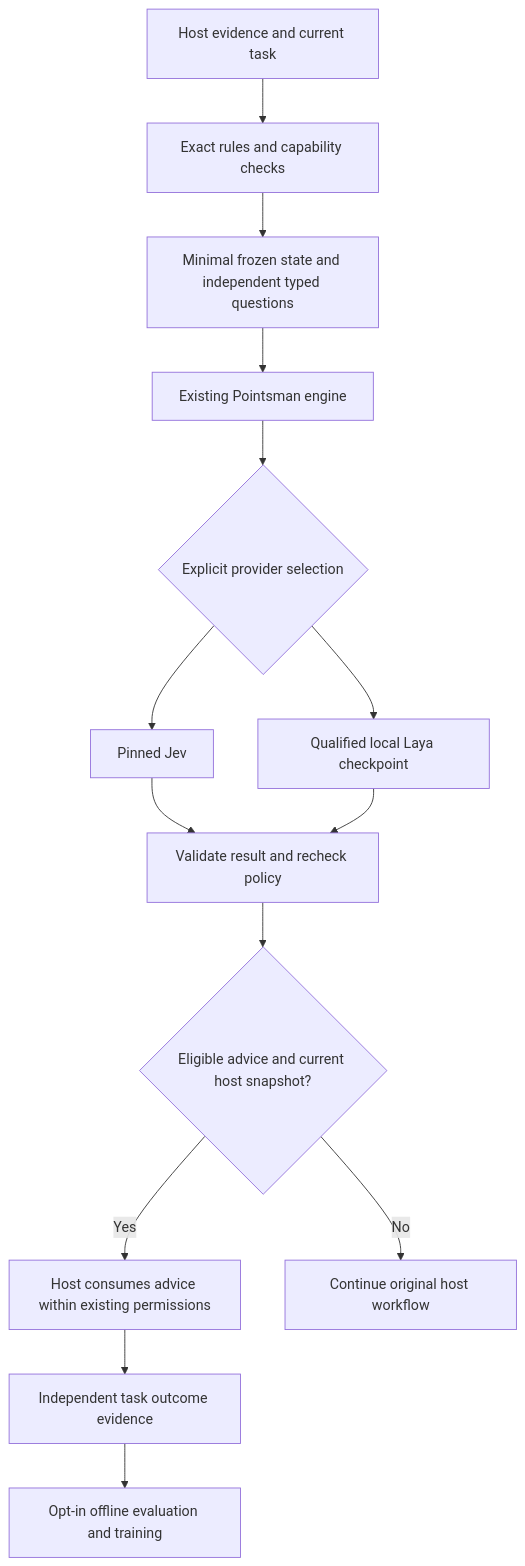
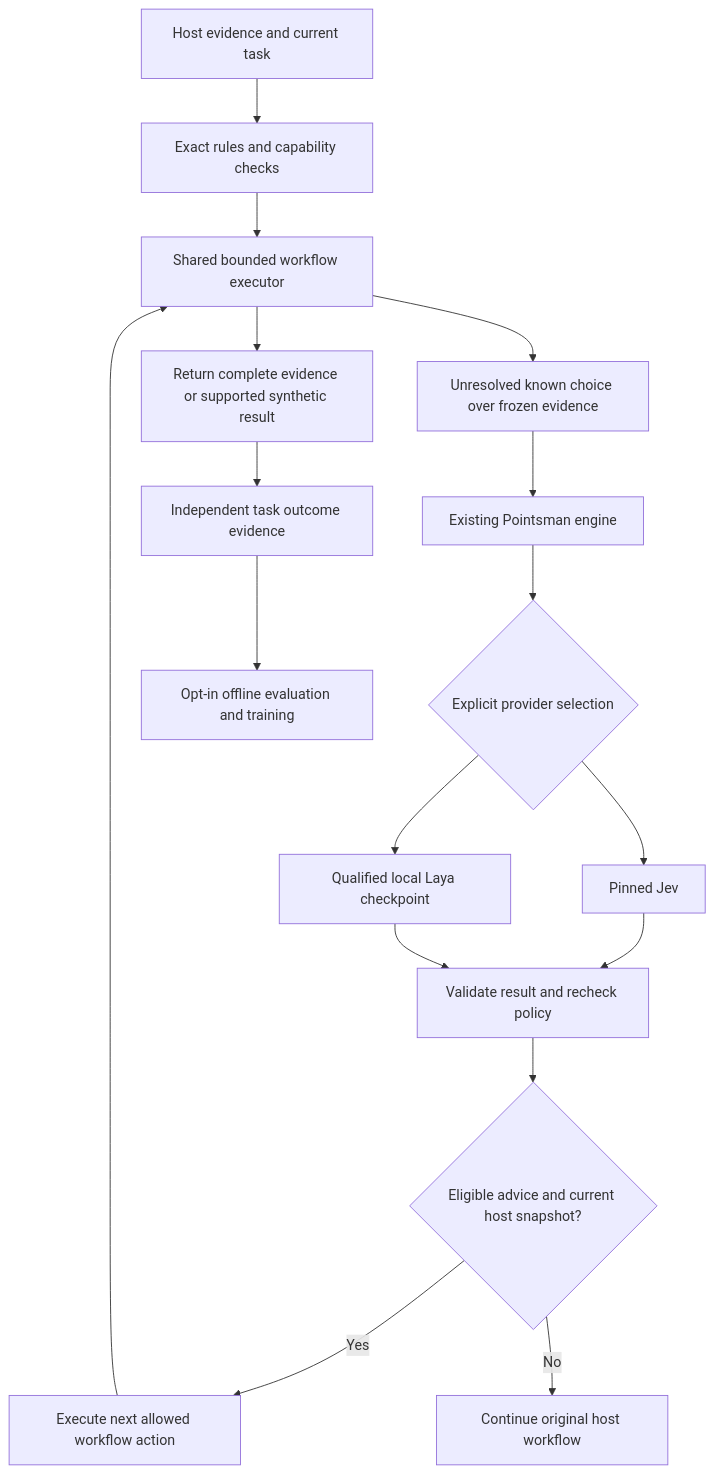
Before and after one commit to jadeonstudio/pointsman: the second of 2 diagrams in PLAN.md, drawn with Mermaid. The commit also changed other lines of this file and 1 other file, not shown here.

Commit message:
docs: prioritize workflow execution and native inference bypass

````diff
--- a/PLAN.md
+++ b/PLAN.md
@@ -446,16 +653,19 @@
 ```mermaid
 flowchart TD
     H[Host evidence and current task] --> R[Exact rules and capability checks]
-    R --> S[Minimal frozen state and independent typed questions]
+    R --> W[Shared bounded workflow executor]
+    W --> S[Unresolved known choice over frozen evidence]
     S --> E[Existing Pointsman engine]
     E --> P{Explicit provider selection}
     P --> J[Pinned Jev]
     P --> L[Qualified local Laya checkpoint]
     J --> G[Validate result and recheck policy]
     L --> G
     G --> A{Eligible advice and current host snapshot?}
-    A -->|Yes| C[Host consumes advice within existing permissions]
+    A -->|Yes| C[Execute next allowed workflow action]
     A -->|No| O[Continue original host workflow]
-    C --> V[Independent task outcome evidence]
+    C --> W
+    W --> F[Return complete evidence or supported synthetic result]
+    F --> V[Independent task outcome evidence]
     V --> D[Opt-in offline evaluation and training]
 ```
````
